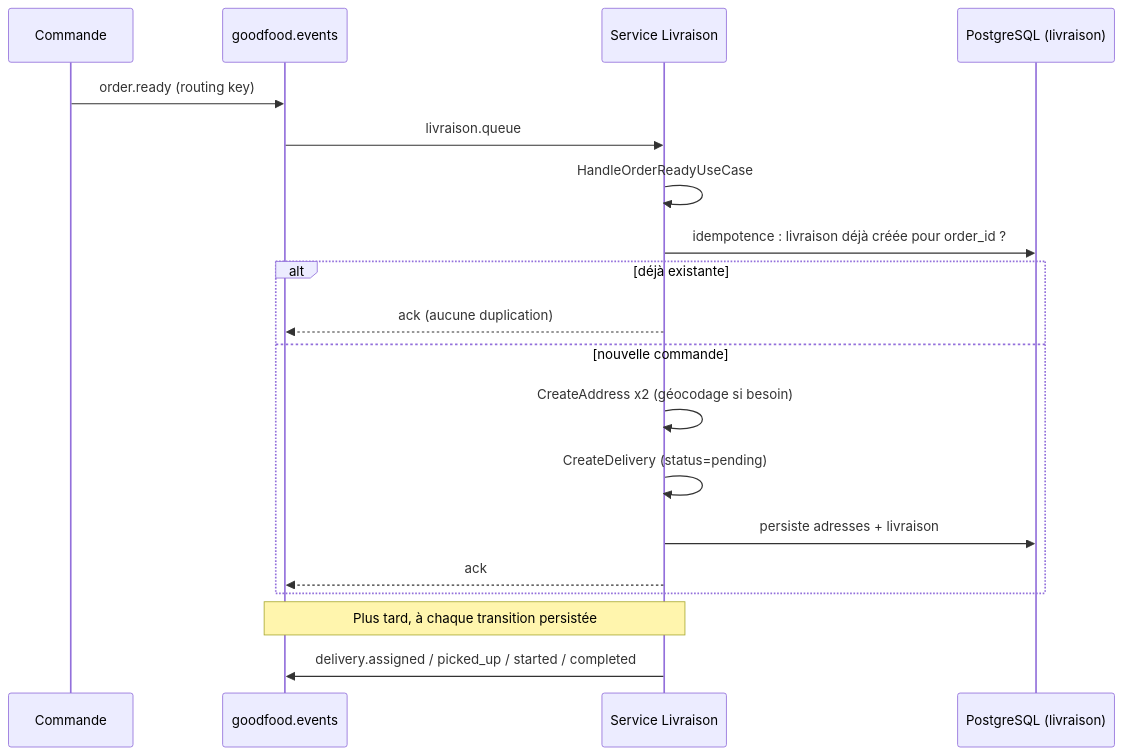
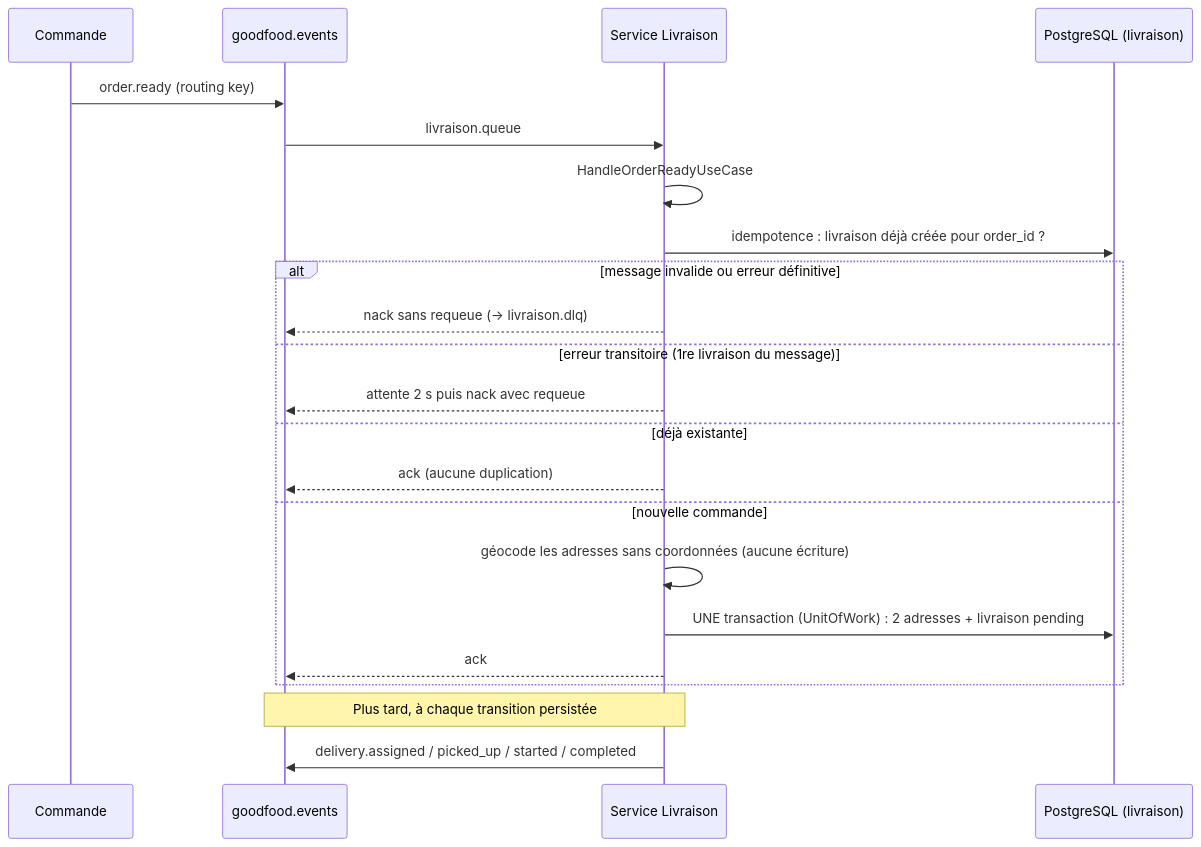
The second of 2 diagrams in docs/architecture.md (GoodFood-G4/goodfood-livraison), drawn with Mermaid before and after one commit. The commit also changed other lines of this file and 47 other files, not shown here.

First line of the commit message:
feat(livraison): fiabilise order.ready et aligne le contrat delivery.*

````diff
--- a/docs/architecture.md
+++ b/docs/architecture.md
@@ -46,23 +52,26 @@
 ```mermaid
 sequenceDiagram
     participant Commande
     participant RabbitMQ as goodfood.events
     participant Livraison as Service Livraison
     participant DB as PostgreSQL (livraison)
 
     Commande->>RabbitMQ: order.ready (routing key)
     RabbitMQ->>Livraison: livraison.queue
     Livraison->>Livraison: HandleOrderReadyUseCase
     Livraison->>DB: idempotence : livraison déjà créée pour order_id ?
-    alt déjà existante
+    alt message invalide ou erreur définitive
+        Livraison-->>RabbitMQ: nack sans requeue (→ livraison.dlq)
+    else erreur transitoire (1re livraison du message)
+        Livraison-->>RabbitMQ: attente 2 s puis nack avec requeue
+    else déjà existante
         Livraison-->>RabbitMQ: ack (aucune duplication)
     else nouvelle commande
-        Livraison->>Livraison: CreateAddress x2 (géocodage si besoin)
-        Livraison->>Livraison: CreateDelivery (status=pending)
-        Livraison->>DB: persiste adresses + livraison
+        Livraison->>Livraison: géocode les adresses sans coordonnées (aucune écriture)
+        Livraison->>DB: UNE transaction (UnitOfWork) : 2 adresses + livraison pending
         Livraison-->>RabbitMQ: ack
     end
 
     Note over Livraison,RabbitMQ: Plus tard, à chaque transition persistée
     Livraison->>RabbitMQ: delivery.assigned / picked_up / started / completed
 ```
````
